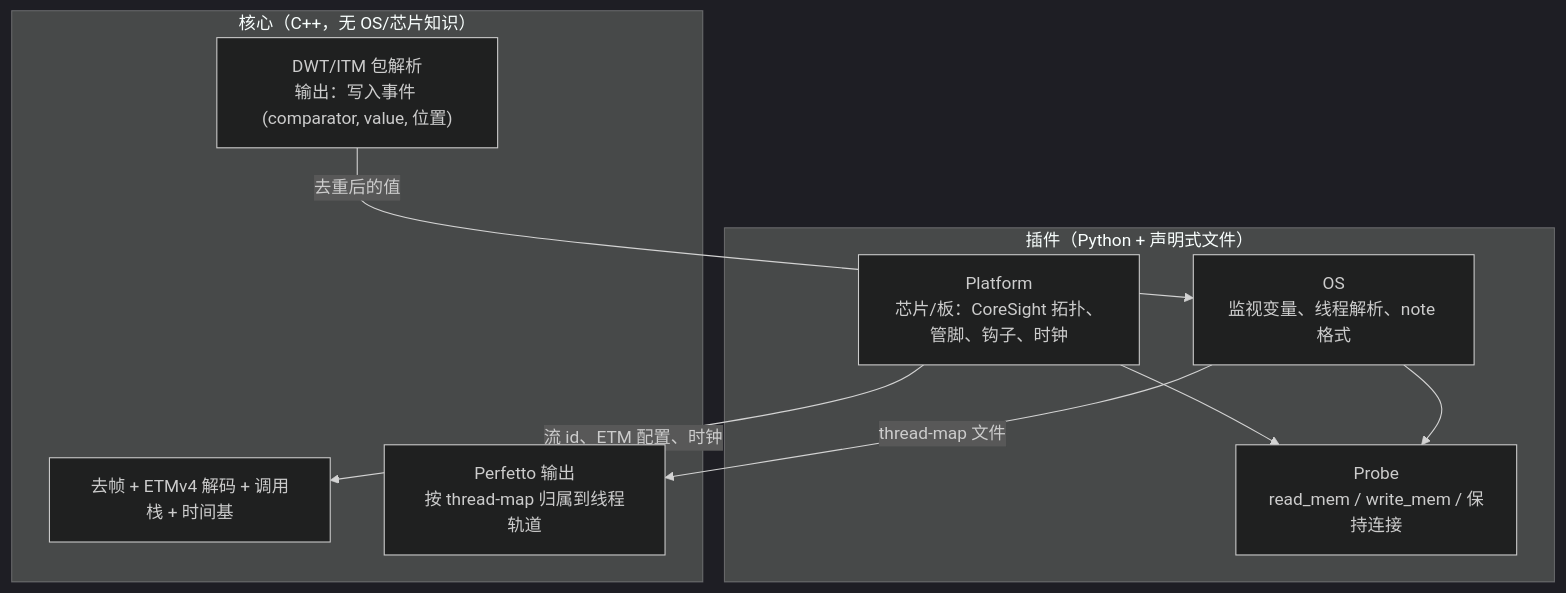
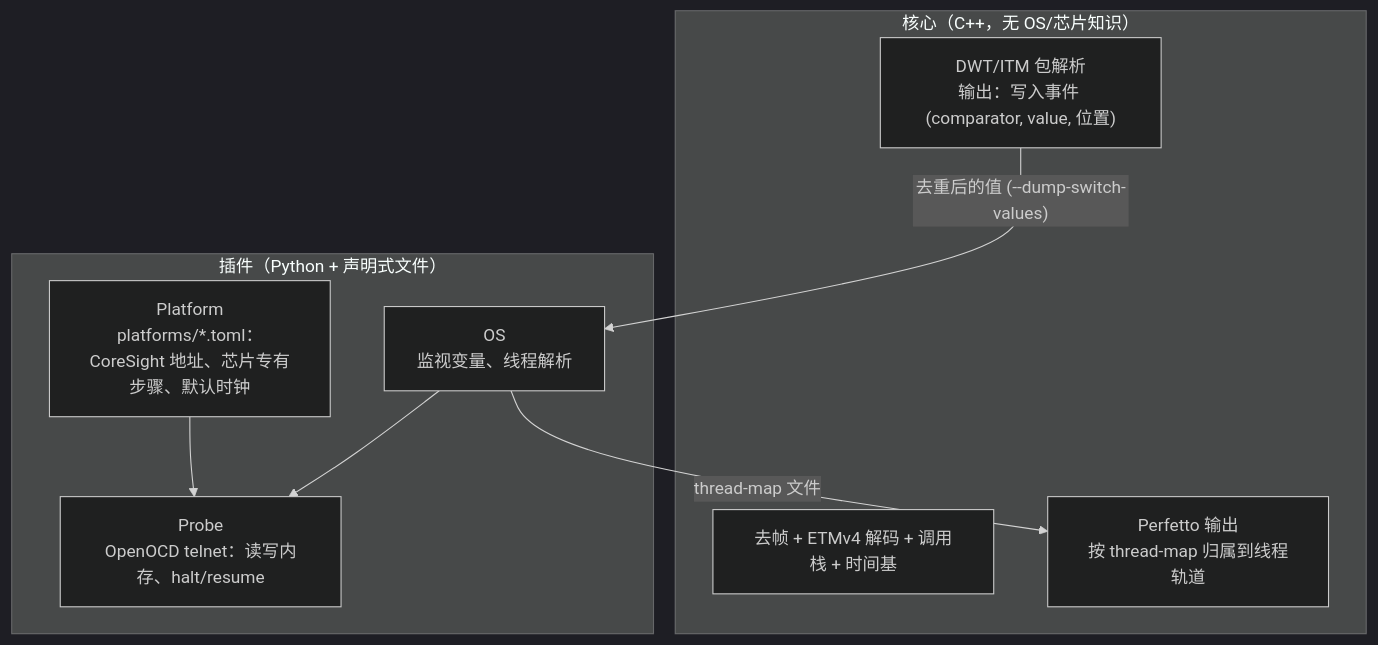
Before and after one commit to FASTSHIFT/cortrace: the diagram in docs/05-plugin-architecture.md, drawn with Mermaid (dark theme). The commit also changed other lines of this file and 3 other files, not shown here.

````diff
--- a/docs/05-plugin-architecture.md
+++ b/docs/05-plugin-architecture.md
@@ -48,18 +45,17 @@
 ```mermaid
 flowchart TD
     subgraph CORE["核心（C++，无 OS/芯片知识）"]
         D["去帧 + ETMv4 解码 + 调用栈 + 时间基"]
         S["DWT/ITM 包解析<br>输出：写入事件 (comparator, value, 位置)"]
         O["Perfetto 输出<br>按 thread-map 归属到线程轨道"]
     end
     subgraph PLUG["插件（Python + 声明式文件）"]
-        P["Platform<br>芯片/板：CoreSight 拓扑、管脚、钩子、时钟"]
-        OS["OS<br>监视变量、线程解析、note 格式"]
-        PR["Probe<br>read_mem / write_mem / 保持连接"]
+        P["Platform<br>platforms/*.toml：CoreSight 地址、芯片专有步骤、默认时钟"]
+        OS["OS<br>监视变量、线程解析"]
+        PR["Probe<br>OpenOCD telnet：读写内存、halt/resume"]
     end
     P --> PR
     OS --> PR
     OS -->|"thread-map 文件"| O
-    P -->|"流 id、ETM 配置、时钟"| D
-    S -->|"去重后的值"| OS
+    S -->|"去重后的值 (--dump-switch-values)"| OS
 ```
````
